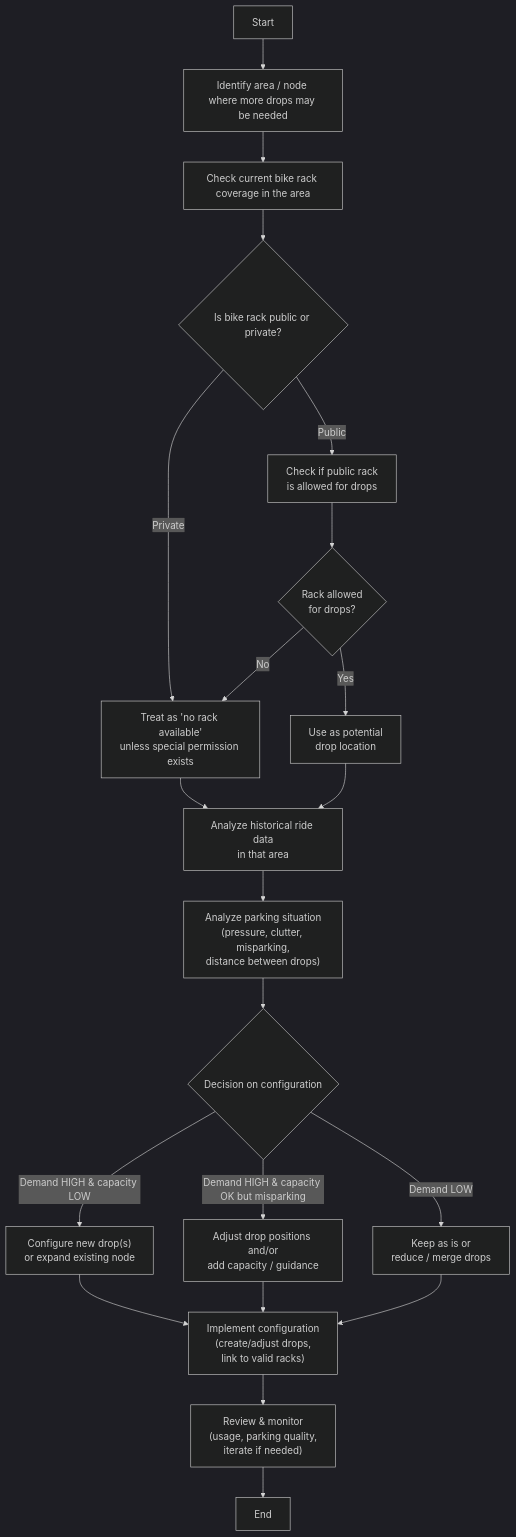
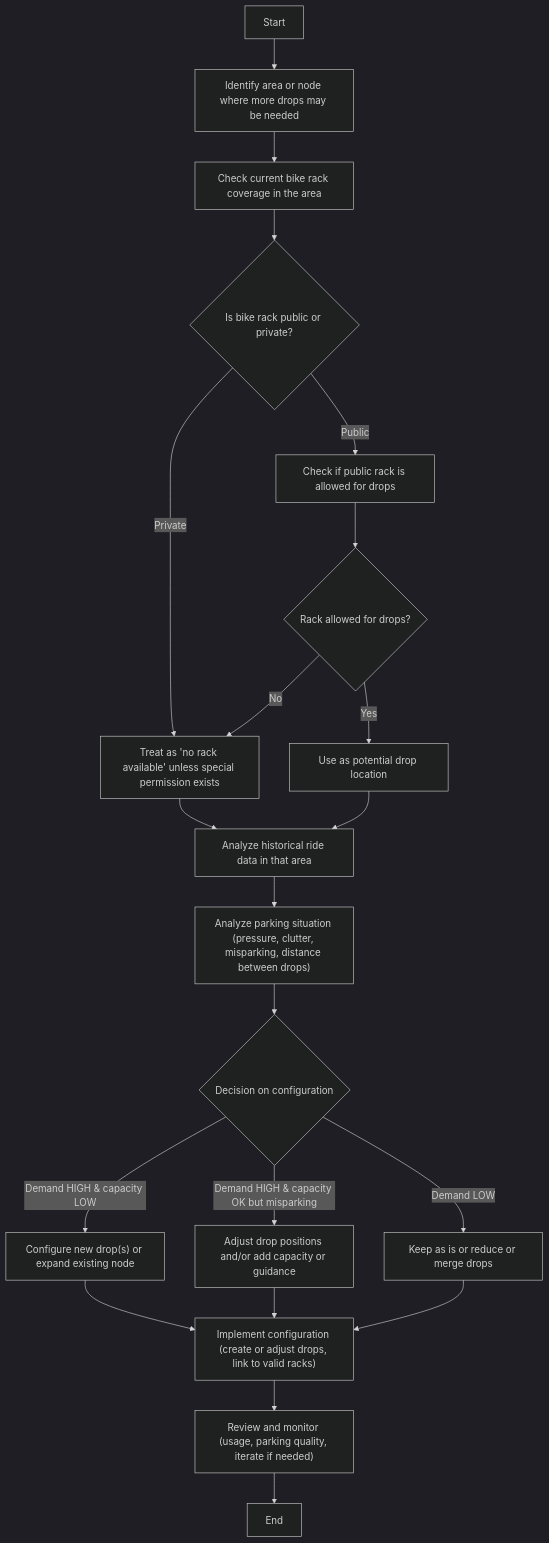
One commit to isthvoi-arch/Node-Coverage changed the diagram in Bike Racks.md. Above: the diagram before and after it, drawn with Mermaid (dark theme).

Commit message:
Update Bike Racks.md

````diff
--- a/Bike Racks.md
+++ b/Bike Racks.md
@@ -1,35 +1,35 @@
 ```mermaid
 flowchart TD
 
-    A["Start"] --> B["Identify area / node where more drops may be needed"]
+    A["Start"] --> B["Identify area or node where more drops may be needed"]
 
     B --> C["Check current bike rack coverage in the area"]
 
     C --> D{"Is bike rack public or private?"}
 
-    D -->|Public| E["Check if public rack\nis allowed for drops"]
-    D -->|Private| F["Treat as 'no rack available'\nunless special permission exists"]
+    D -->|Public| E["Check if public rack is allowed for drops"]
+    D -->|Private| F["Treat as 'no rack available' unless special permission exists"]
 
-    E --> G{"Rack allowed\nfor drops?"}
-    G -->|Yes| H["Use as potential\ndrop location"]
+    E --> G{"Rack allowed for drops?"}
+    G -->|Yes| H["Use as potential drop location"]
     G -->|No| F
 
-    F --> I["Analyze historical ride data\nin that area"]
+    F --> I["Analyze historical ride data in that area"]
     H --> I
 
-    I --> J["Analyze parking situation\n(pressure, clutter, misparking,\ndistance between drops)"]
+    I --> J["Analyze parking situation (pressure, clutter, misparking, distance between drops)"]
 
     J --> K{"Decision on configuration"}
 
-    K -->|Demand HIGH & capacity LOW| L["Configure new drop(s)\nor expand existing node"]
-    K -->|Demand HIGH & capacity OK but misparking| M["Adjust drop positions and/or\nadd capacity / guidance"]
-    K -->|Demand LOW| N["Keep as is or\nreduce / merge drops"]
+    K -->|Demand HIGH & capacity LOW| L["Configure new drop(s) or expand existing node"]
+    K -->|Demand HIGH & capacity OK but misparking| M["Adjust drop positions and/or add capacity or guidance"]
+    K -->|Demand LOW| N["Keep as is or reduce or merge drops"]
 
-    L --> O["Implement configuration\n(create/adjust drops,\nlink to valid racks)"]
+    L --> O["Implement configuration (create or adjust drops, link to valid racks)"]
     M --> O
     N --> O
 
-    O --> P["Review & monitor\n(usage, parking quality,\niterate if needed)"]
+    O --> P["Review and monitor (usage, parking quality, iterate if needed)"]
 
     P --> Q["End"]
 ```
````
